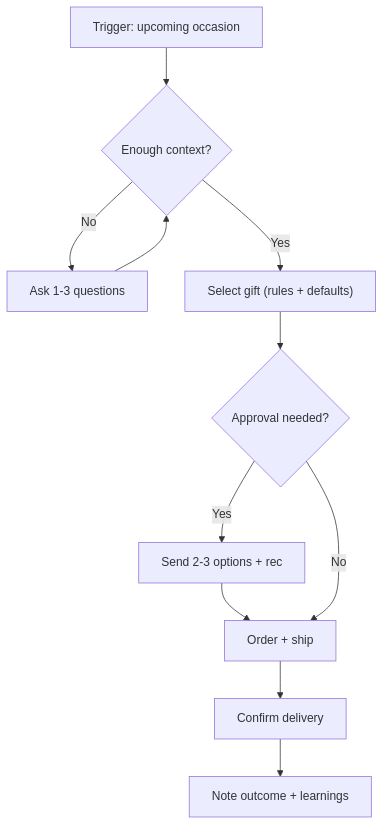
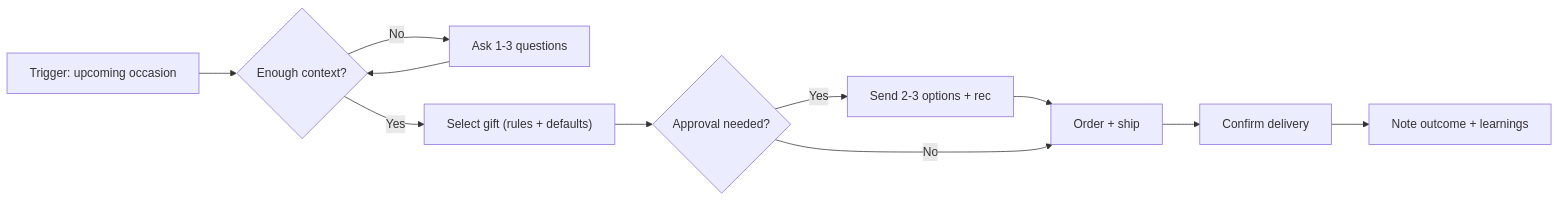
The diagram in public/playbooks/gift-automation/assets/diagrams_src/workflow.md (chriswinsatlife/athena_playbooks), drawn with Mermaid before and after one commit. The commit also changed other lines of this file and 74 other files, not shown here.

````diff
--- a/public/playbooks/gift-automation/assets/diagrams_src/workflow.md
+++ b/public/playbooks/gift-automation/assets/diagrams_src/workflow.md
@@ -7,13 +7,13 @@
 ```mermaid
-flowchart TB
+flowchart LR
   T["Trigger: upcoming occasion"] --> C{"Enough context?"}
   C -->|No| Q["Ask 1-3 questions"]
   Q --> C
   C -->|Yes| R["Select gift (rules + defaults)"]
   R --> A{"Approval needed?"}
   A -->|Yes| P["Send 2-3 options + rec"]
   P --> O
   A -->|No| O["Order + ship"]
   O --> D["Confirm delivery"]
   D --> N["Note outcome + learnings"]
 ```
````
